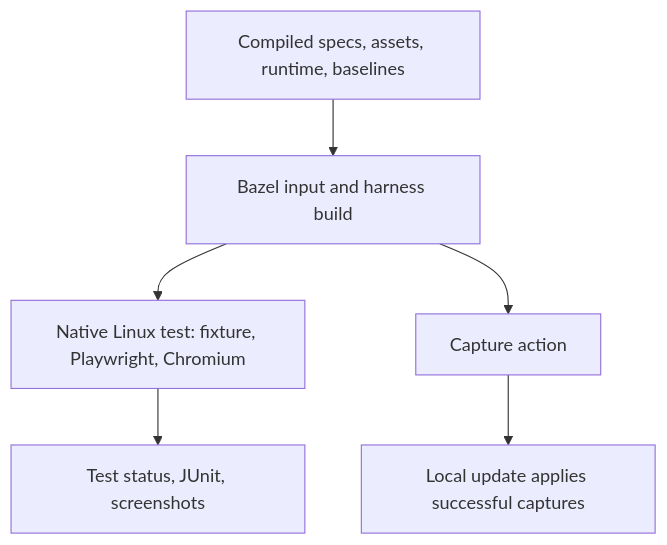
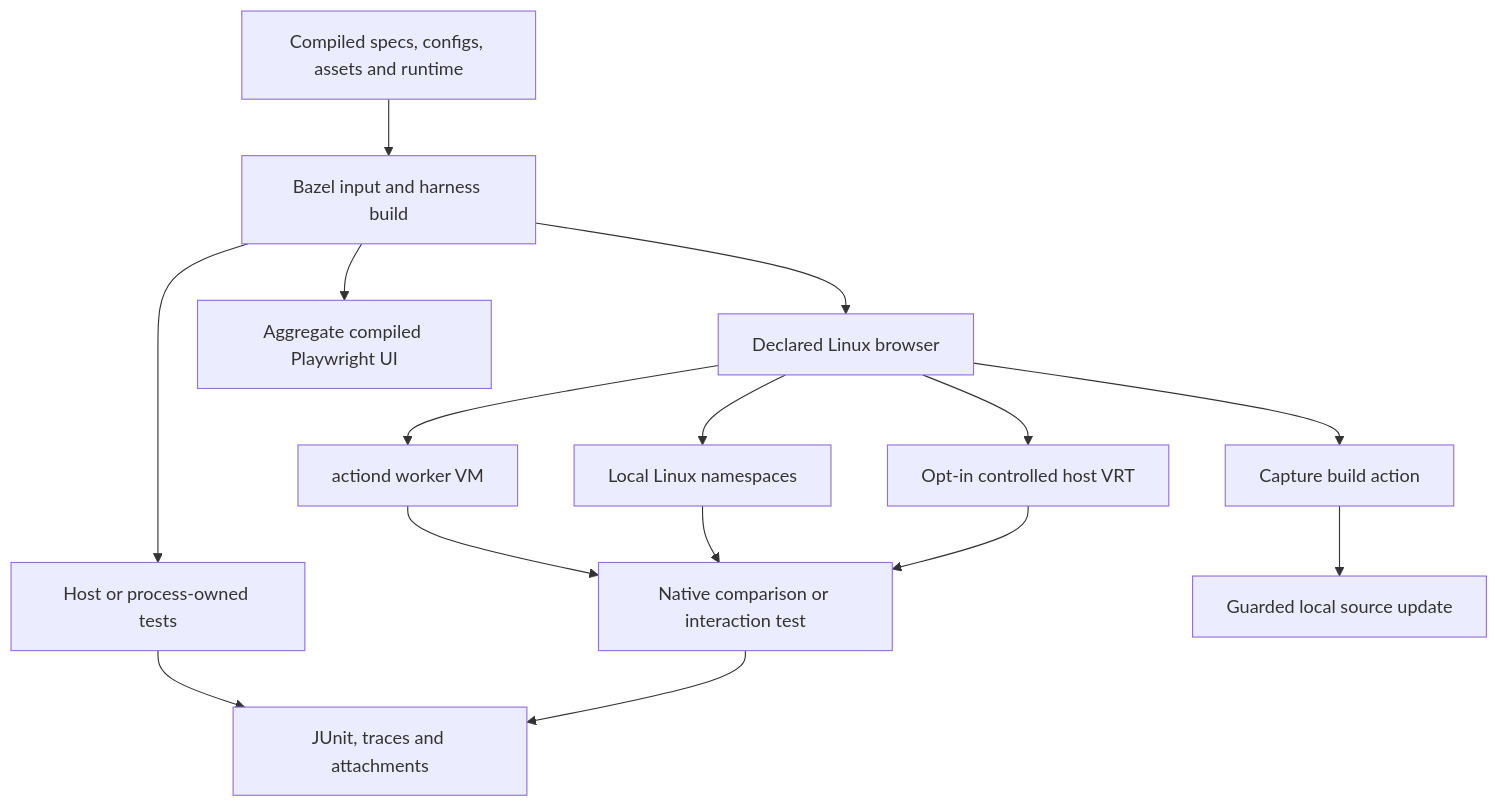
The diagram in docs/architecture.md (perplexityai/rules_web_e2e), drawn with Mermaid before and after one commit. The commit also changed other lines of this file and 18 other files, not shown here.

````diff
--- a/docs/architecture.md
+++ b/docs/architecture.md
@@ -23,8 +22,17 @@
 ```mermaid
 flowchart TD
-  Inputs[Compiled specs, assets, runtime, baselines] --> Build[Bazel input and harness build]
-  Build --> Test[Native Linux test: fixture, Playwright, Chromium]
-  Test --> Reports[Test status, JUnit, screenshots]
-  Build --> Capture[Capture action]
-  Capture --> Update[Local update applies successful captures]
+  Inputs[Compiled specs, configs, assets and runtime] --> Build[Bazel input and harness build]
+  Build --> Host[Host or process-owned tests]
+  Build --> Linux[Declared Linux browser]
+  Linux --> VM[actiond worker VM]
+  Linux --> Local[Local Linux namespaces]
+  Linux --> HostVRT[Opt-in controlled host VRT]
+  VM --> Test[Native comparison or interaction test]
+  Local --> Test
+  HostVRT --> Test
+  Host --> Reports[JUnit, traces and attachments]
+  Test --> Reports
+  Linux --> Capture[Capture build action]
+  Capture --> Update[Guarded local source update]
+  Build --> UI[Aggregate compiled Playwright UI]
 ```
````
